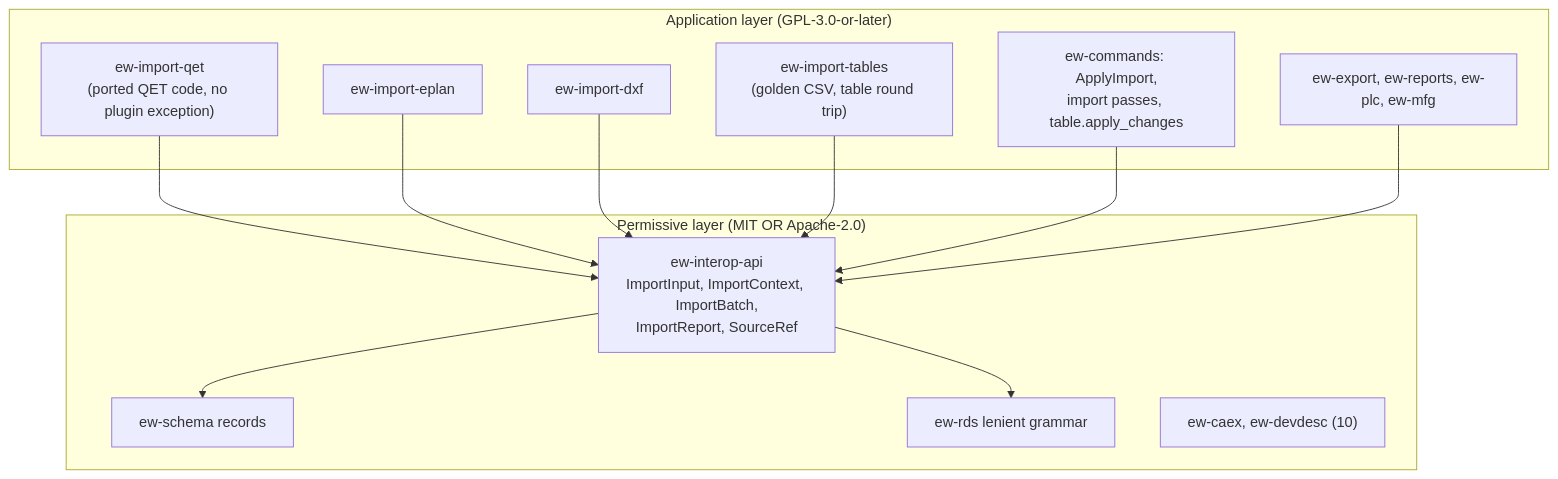
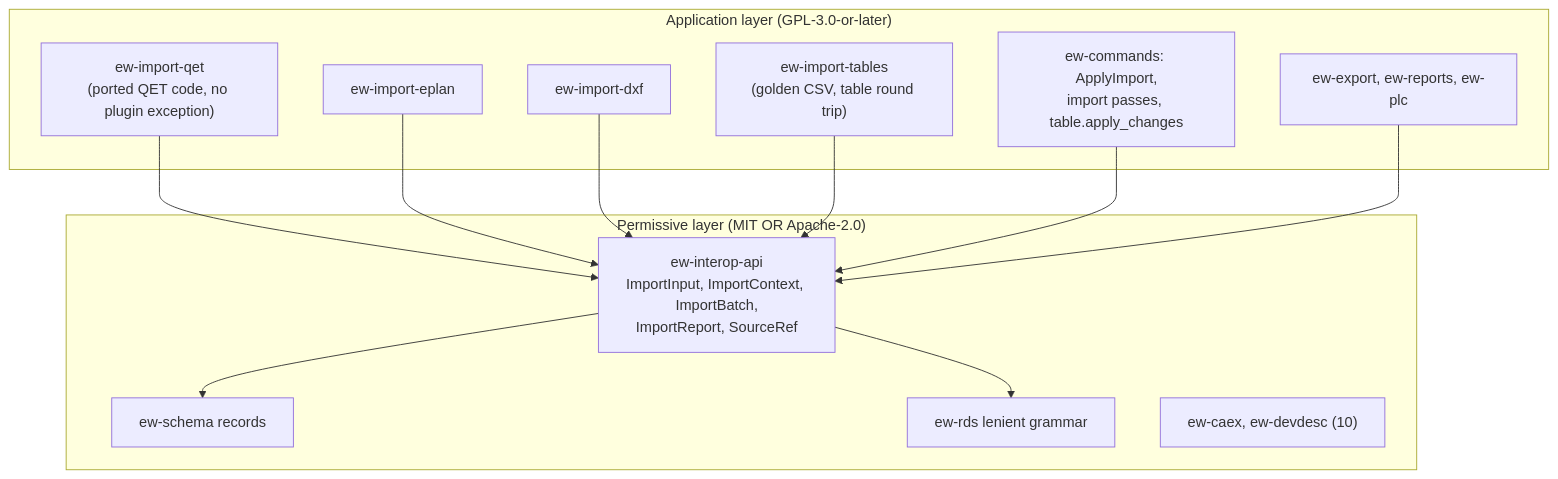
The first of 3 diagrams in docs/design/14-contracts.md (Ironkode787/ElektraWatt), drawn with Mermaid before and after one commit. The commit also changed 25 other files, not shown here.

````diff
--- a/docs/design/14-contracts.md
+++ b/docs/design/14-contracts.md
@@ -70,25 +70,25 @@
 ```mermaid
 graph TD
   subgraph PERM["Permissive layer (MIT OR Apache-2.0)"]
     schema[ew-schema records]
     iapi["ew-interop-api<br/>ImportInput, ImportContext, ImportBatch,<br/>ImportReport, SourceRef"]
     rds[ew-rds lenient grammar]
     caex["ew-caex, ew-devdesc (10)"]
   end
   subgraph GPL["Application layer (GPL-3.0-or-later)"]
     qet["ew-import-qet<br/>(ported QET code, no plugin exception)"]
     epl[ew-import-eplan]
     dxf[ew-import-dxf]
     itab["ew-import-tables<br/>(golden CSV, table round trip)"]
     cmd["ew-commands: ApplyImport,<br/>import passes, table.apply_changes"]
-    exp["ew-export, ew-reports, ew-plc, ew-mfg"]
+    exp["ew-export, ew-reports, ew-plc"]
   end
   iapi --> schema
   iapi --> rds
   qet --> iapi
   epl --> iapi
   dxf --> iapi
   itab --> iapi
   cmd --> iapi
   exp --> iapi
 ```
````
